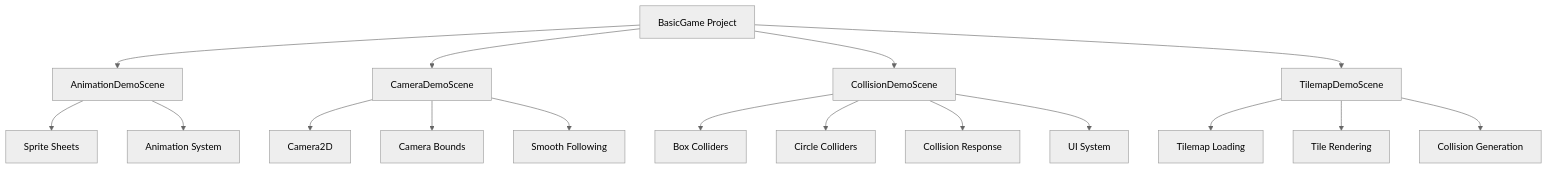
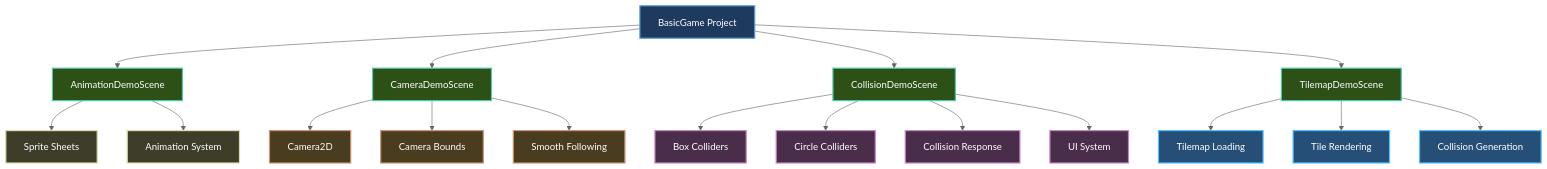
The diagram in docs/samples/index.md (CrazyPickleStudios/Brine2D-Documentation), drawn with Mermaid (neutral theme) before and after one commit. The commit also changed 9 other files, not shown here.

````diff
--- a/docs/samples/index.md
+++ b/docs/samples/index.md
@@ -20,23 +20,41 @@
 ```mermaid
 graph TD
     A["BasicGame Project"] --> B["AnimationDemoScene"]
     A --> C["CameraDemoScene"]
     A --> D["CollisionDemoScene"]
     A --> E["TilemapDemoScene"]
     
     B --> F["Sprite Sheets"]
     B --> G["Animation System"]
     
     C --> H["Camera2D"]
     C --> I["Camera Bounds"]
     C --> J["Smooth Following"]
     
     D --> K["Box Colliders"]
     D --> L["Circle Colliders"]
     D --> M["Collision Response"]
     D --> N["UI System"]
     
     E --> O["Tilemap Loading"]
     E --> P["Tile Rendering"]
     E --> Q["Collision Generation"]
+
+    style A fill:#1e3a5f,stroke:#569cd6,stroke-width:2px,color:#fff
+style B fill:#2d5016,stroke:#4ec9b0,stroke-width:2px,color:#fff
+style C fill:#2d5016,stroke:#4ec9b0,stroke-width:2px,color:#fff
+style D fill:#2d5016,stroke:#4ec9b0,stroke-width:2px,color:#fff
+style E fill:#2d5016,stroke:#4ec9b0,stroke-width:2px,color:#fff
+style F fill:#3d3d2a,stroke:#dcdcaa,stroke-width:2px,color:#fff
+style G fill:#3d3d2a,stroke:#dcdcaa,stroke-width:2px,color:#fff
+style H fill:#4a3d1f,stroke:#ce9178,stroke-width:2px,color:#fff
+style I fill:#4a3d1f,stroke:#ce9178,stroke-width:2px,color:#fff
+style J fill:#4a3d1f,stroke:#ce9178,stroke-width:2px,color:#fff
+style K fill:#4a2d4a,stroke:#c586c0,stroke-width:2px,color:#fff
+style L fill:#4a2d4a,stroke:#c586c0,stroke-width:2px,color:#fff
+style M fill:#4a2d4a,stroke:#c586c0,stroke-width:2px,color:#fff
+style N fill:#4a2d4a,stroke:#c586c0,stroke-width:2px,color:#fff
+style O fill:#264f78,stroke:#4fc1ff,stroke-width:2px,color:#fff
+style P fill:#264f78,stroke:#4fc1ff,stroke-width:2px,color:#fff
+style Q fill:#264f78,stroke:#4fc1ff,stroke-width:2px,color:#fff
 ```
````
